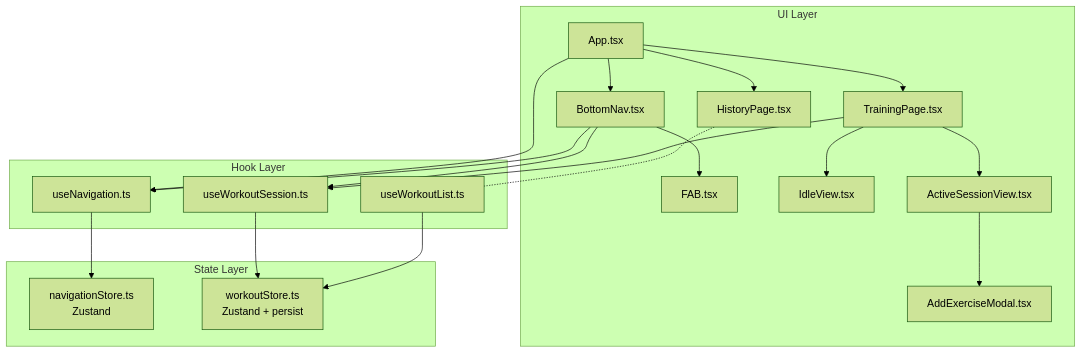
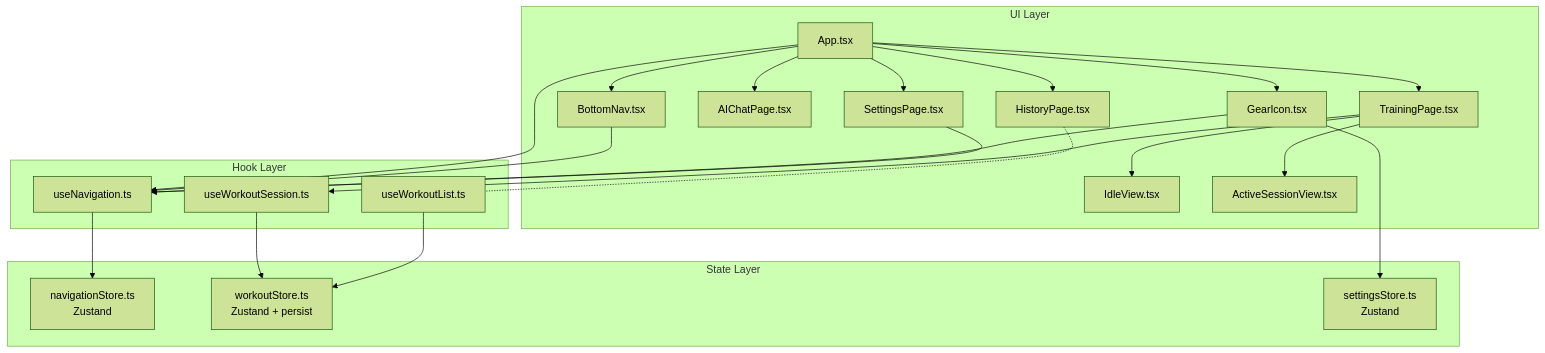
Before and after one commit to SakumaTakuya/gymini: the diagram in .sdd/specification/navigation_design.md, drawn with Mermaid (forest theme). The commit also changed other lines of this file, not shown here.

````diff
--- a/.sdd/specification/navigation_design.md
+++ b/.sdd/specification/navigation_design.md
@@ -68,44 +72,51 @@
 ```mermaid
 graph TD
     subgraph "UI Layer"
         App[App.tsx]
         TP[TrainingPage.tsx]
         HP[HistoryPage.tsx]
+        ACP[AIChatPage.tsx]
+        SP[SettingsPage.tsx]
         BN[BottomNav.tsx]
-        FAB_C[FAB.tsx]
+        GI[GearIcon.tsx]
         IV[IdleView.tsx]
         ASV[ActiveSessionView.tsx]
-        AEM[AddExerciseModal.tsx]
     end
 
     subgraph "Hook Layer"
         UN[useNavigation.ts]
         HWS[useWorkoutSession.ts]
         HWL[useWorkoutList.ts]
     end
 
     subgraph "State Layer"
         NS[navigationStore.ts<br/>Zustand]
         WS[workoutStore.ts<br/>Zustand + persist]
+        SS[settingsStore.ts<br/>Zustand]
     end
 
     App --> UN
     App --> TP
     App --> HP
+    App --> ACP
+    App --> SP
     App --> BN
+    App --> GI
 
     BN --> UN
-    BN --> FAB_C
-    BN --> HWS
+
+    GI --> UN
+    GI --> SS
 
     TP --> HWS
     TP --> IV
     TP --> ASV
-    ASV --> AEM
+
+    SP --> UN
 
     HP -.- HWL
 
     UN --> NS
     HWS --> WS
     HWL --> WS
 ```
````
